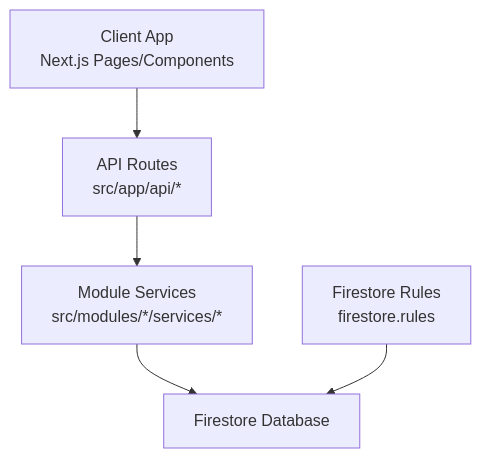
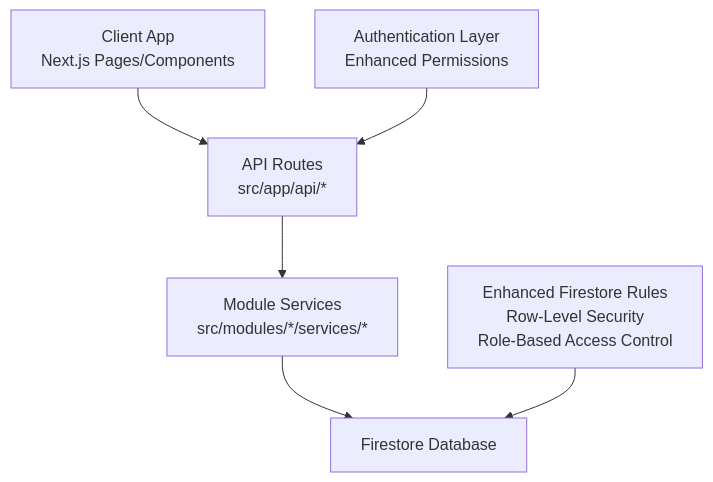
Before and after one commit to ngothanhtung/claude-code-shadcn-dashboard: the first of 10 diagrams in .qoder/repowiki/en/content/Database Schema.md, drawn with Mermaid. The commit also changed other lines of this file and 165 other files, not shown here.

First line of the commit message:
feat(security): enhance Firestore rules with comprehensive row-level security

````diff
--- a/.qoder/repowiki/en/content/Database Schema.md
+++ b/.qoder/repowiki/en/content/Database Schema.md
@@ -38,7 +48,8 @@
 ```mermaid
 graph TB
 Client["Client App<br/>Next.js Pages/Components"] --> API["API Routes<br/>src/app/api/*"]
 API --> Services["Module Services<br/>src/modules/*/services/*"]
 Services --> Firestore["Firestore Database"]
-Security["Firestore Rules<br/>firestore.rules"] --> Firestore
+Security["Enhanced Firestore Rules<br/>Row-Level Security<br/>Role-Based Access Control"] --> Firestore
+Auth["Authentication Layer<br/>Enhanced Permissions"] --> API
 ```
````
